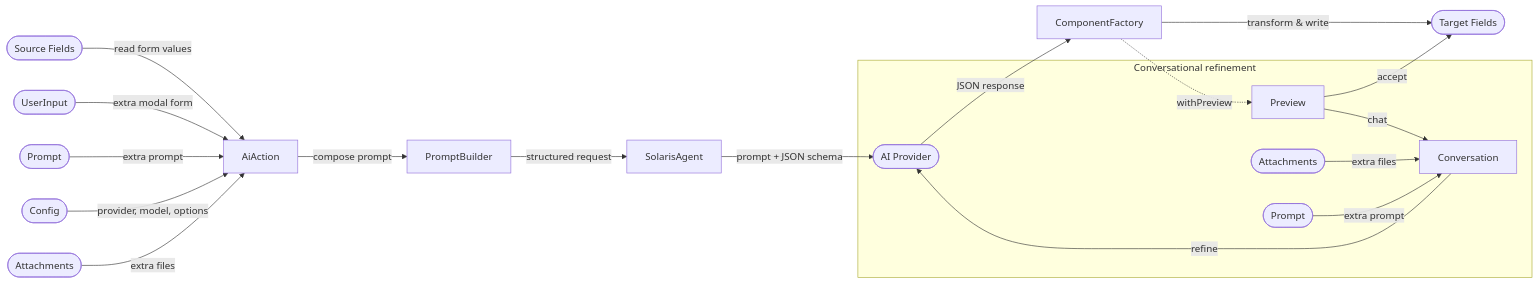
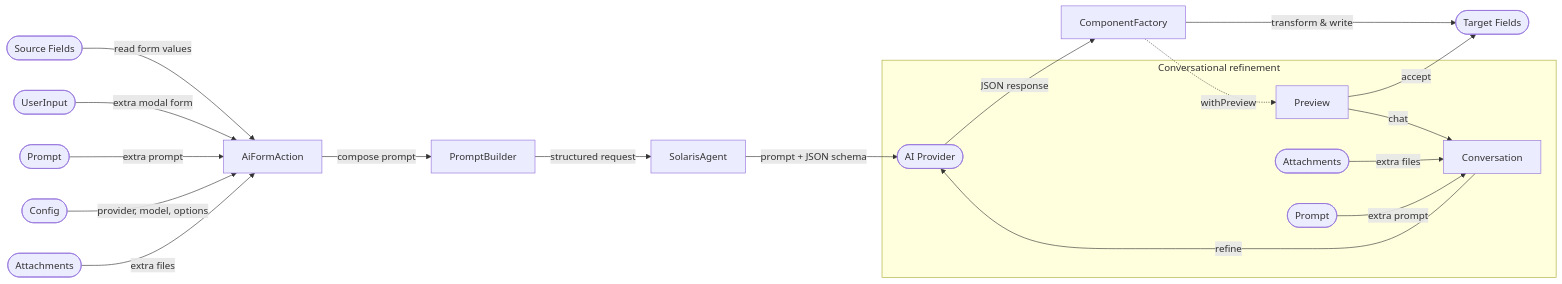
The diagram in README.md (statikbe/laravel-filament-solaris), drawn with Mermaid before and after one commit. The commit also changed other lines of this file and 47 other files, not shown here.

First line of the commit message:
refactor!: rename AiAction to AiFormAction

````diff
--- a/README.md
+++ b/README.md
@@ -41,23 +41,23 @@
 ```mermaid
 flowchart LR
-      A([Source Fields]) -->|read form values| B[AiAction]
+      A([Source Fields]) -->|read form values| B[AiFormAction]
       G([UserInput]) -->|extra modal form| B
       P([Prompt]) -->|extra prompt| B
       N([Config]) -->|provider, model, options| B
       T([Attachments]) -->|extra files| B
 
       B -->|compose prompt| C[PromptBuilder]
       C -->|structured request| D[SolarisAgent]
       D -->|prompt + JSON schema| AI([AI Provider])
       AI -->|JSON response| E[ComponentFactory]
       E -->|transform & write| F([Target Fields])
 
       E -.->|withPreview| R[Preview]
       R -->|accept| F
       subgraph Conversational refinement
           R -->|chat| O[Conversation]
           CT([Attachments]) -->|extra files| O
           CP([Prompt]) -->|extra prompt| O
           O -->|refine| AI
       end
 ```
````
